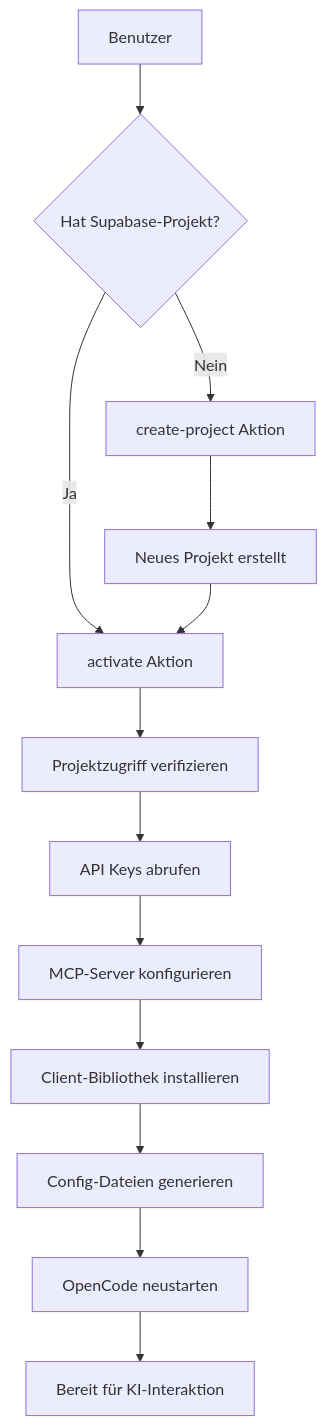
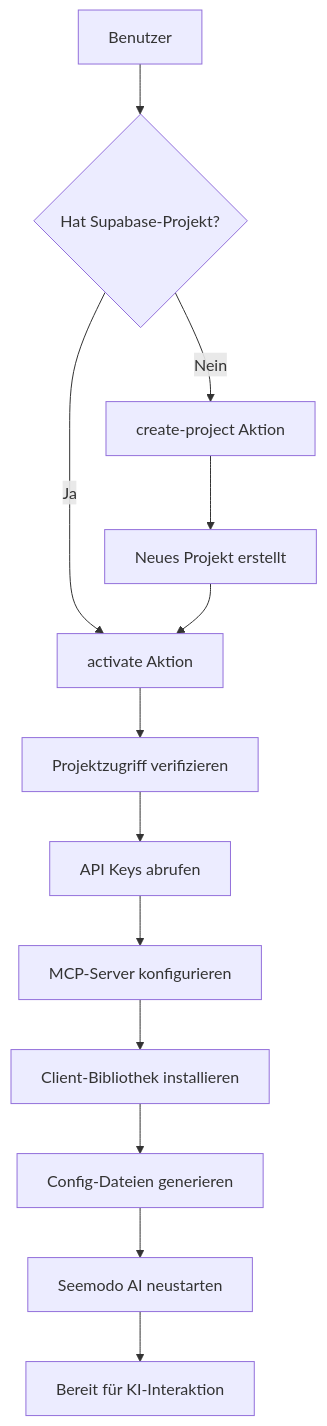
One commit to Seemodo/docs changed the diagram in de/api-reference/endpoint/seemodo-cloud.mdx. Above: the diagram before and after it, drawn with Mermaid. The commit also changed other lines of this file and 23 other files, not shown here.

Commit message:
Update documentation to replace all instances of "OpenCode" with "Seemodo AI" across multiple files, including AGENTS.md, README.md, and various API reference documents, ensuring consistency with the new branding.

````diff
--- a/de/api-reference/endpoint/seemodo-cloud.mdx
+++ b/de/api-reference/endpoint/seemodo-cloud.mdx
@@ -282,15 +282,15 @@
 ```mermaid
 flowchart TD
     A[Benutzer] --> B{Hat Supabase-Projekt?}
     B -->|Nein| C[create-project Aktion]
     B -->|Ja| D[activate Aktion]
     C --> E[Neues Projekt erstellt]
     E --> D
     D --> F[Projektzugriff verifizieren]
     F --> G[API Keys abrufen]
     G --> H[MCP-Server konfigurieren]
     H --> I[Client-Bibliothek installieren]
     I --> J[Config-Dateien generieren]
-    J --> K[OpenCode neustarten]
+    J --> K[Seemodo AI neustarten]
     K --> L[Bereit für KI-Interaktion]
 ```
````
